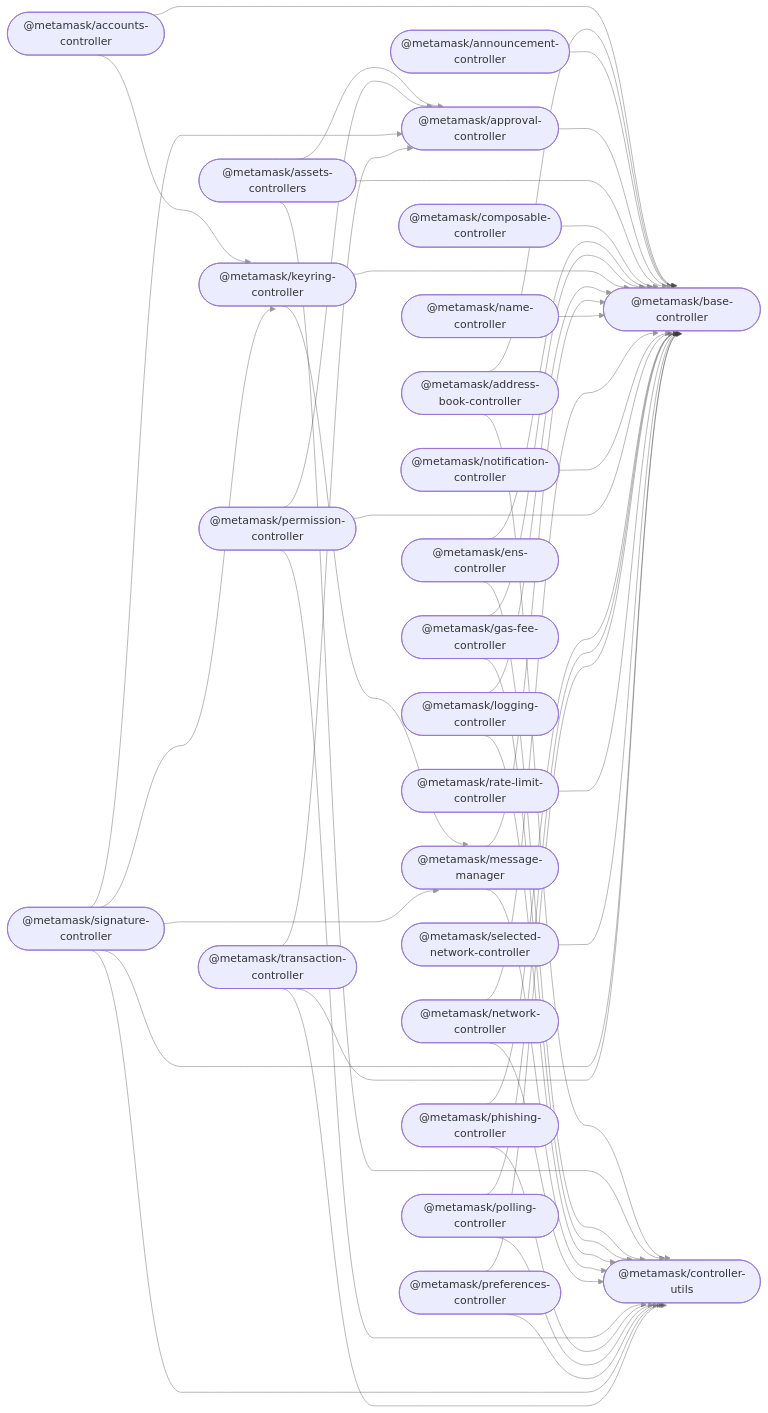
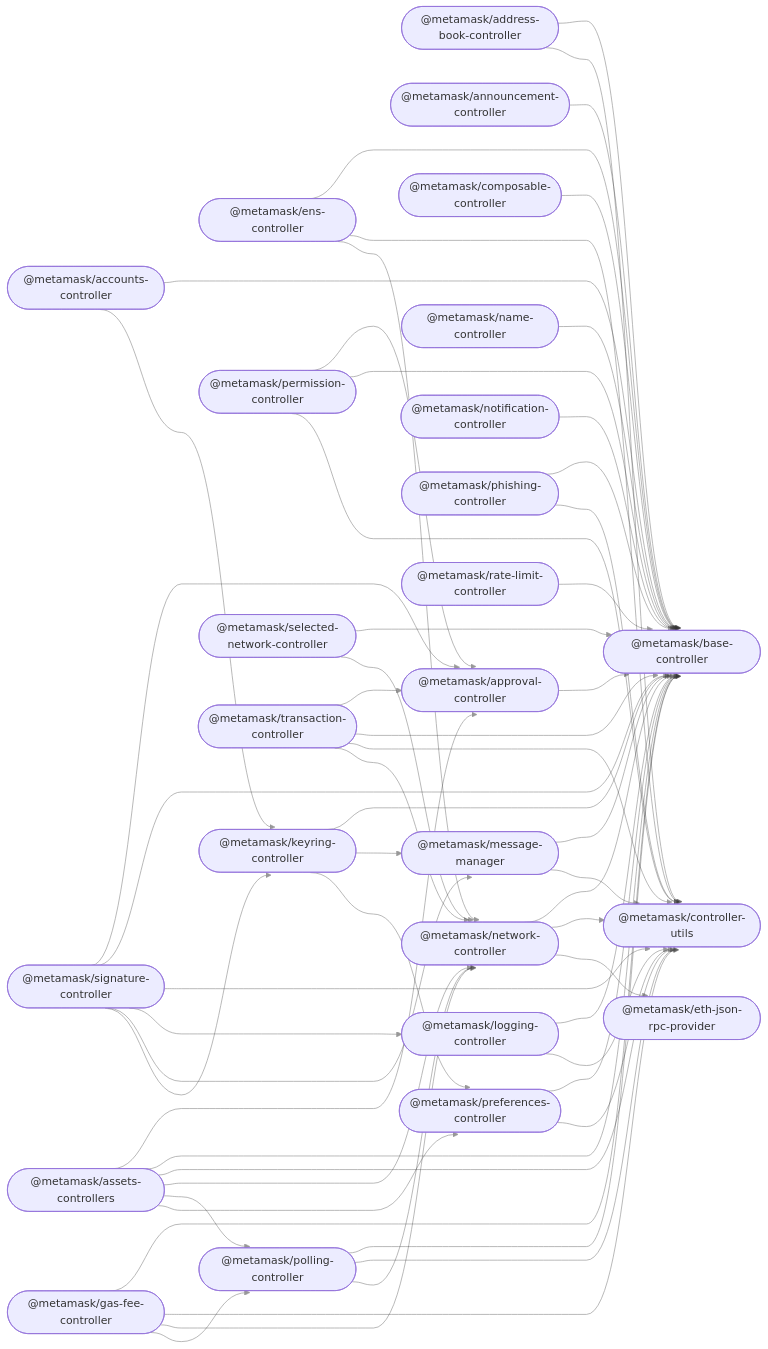
The diagram in README.md (MetaMask/core), drawn with Mermaid before and after one commit.

Commit message:
Update README dependency graph with recent additions

````diff
--- a/README.md
+++ b/README.md
@@ -45,6 +45,7 @@
   composable_controller(["@metamask/composable-controller"]);
   controller_utils(["@metamask/controller-utils"]);
   ens_controller(["@metamask/ens-controller"]);
+  eth_json_rpc_provider(["@metamask/eth-json-rpc-provider"]);
   gas_fee_controller(["@metamask/gas-fee-controller"]);
   keyring_controller(["@metamask/keyring-controller"]);
   logging_controller(["@metamask/logging-controller"]);
@@ -69,13 +70,20 @@
   assets_controllers --> approval_controller;
   assets_controllers --> base_controller;
   assets_controllers --> controller_utils;
+  assets_controllers --> network_controller;
+  assets_controllers --> polling_controller;
+  assets_controllers --> preferences_controller;
   composable_controller --> base_controller;
   ens_controller --> base_controller;
   ens_controller --> controller_utils;
+  ens_controller --> network_controller;
   gas_fee_controller --> base_controller;
   gas_fee_controller --> controller_utils;
+  gas_fee_controller --> network_controller;
+  gas_fee_controller --> polling_controller;
   keyring_controller --> base_controller;
   keyring_controller --> message_manager;
+  keyring_controller --> preferences_controller;
   logging_controller --> base_controller;
   logging_controller --> controller_utils;
   message_manager --> base_controller;
@@ -83,6 +91,7 @@
   name_controller --> base_controller;
   network_controller --> base_controller;
   network_controller --> controller_utils;
+  network_controller --> eth_json_rpc_provider;
   notification_controller --> base_controller;
   permission_controller --> approval_controller;
   permission_controller --> base_controller;
@@ -91,16 +100,20 @@
   phishing_controller --> controller_utils;
   polling_controller --> base_controller;
   polling_controller --> controller_utils;
+  polling_controller --> network_controller;
   preferences_controller --> base_controller;
   preferences_controller --> controller_utils;
   rate_limit_controller --> base_controller;
   selected_network_controller --> base_controller;
+  selected_network_controller --> network_controller;
   signature_controller --> approval_controller;
   signature_controller --> base_controller;
   signature_controller --> controller_utils;
+  signature_controller --> logging_controller;
   signature_controller --> message_manager;
   signature_controller --> keyring_controller;
   transaction_controller --> approval_controller;
   transaction_controller --> base_controller;
   transaction_controller --> controller_utils;
+  transaction_controller --> network_controller;
 ```
````
